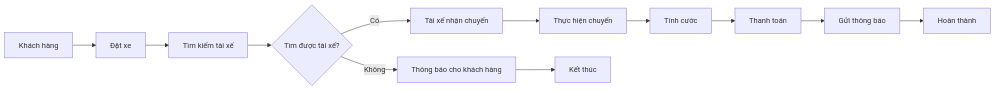
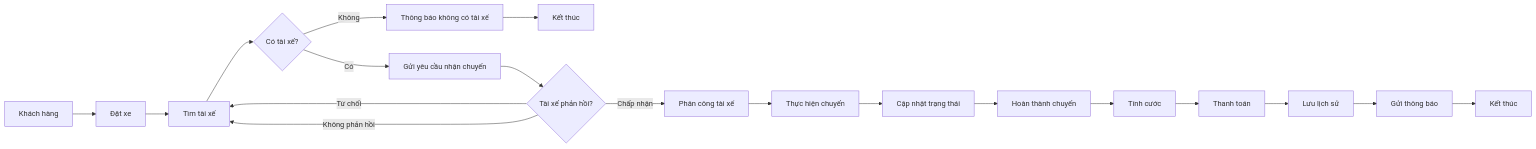
Before and after one commit to tuyetsang-sun/23663021_DaoThiTuyetSang_CABSYSTEM: the third of 7 diagrams in SRS.md, drawn with Mermaid. The commit also changed other lines of this file, not shown here.

````diff
--- a/SRS.md
+++ b/SRS.md
@@ -180,16 +208,25 @@
 ```mermaid
 flowchart LR
     A["Khách hàng"] --> B["Đặt xe"]
-    B --> C["Tìm kiếm tài xế"]
-    C --> D{"Tìm được tài xế?"}
+    B --> C["Tìm tài xế"]
+    C --> D{"Có tài xế?"}
 
-    D -->|Có| E["Tài xế nhận chuyến"]
-    E --> F["Thực hiện chuyến"]
-    F --> G["Tính cước"]
-    G --> H["Thanh toán"]
-    H --> I["Gửi thông báo"]
-    I --> J["Hoàn thành"]
+    D -->|Không| E["Thông báo không có tài xế"]
+    E --> F["Kết thúc"]
 
-    D -->|Không| K["Thông báo cho khách hàng"]
-    K --> L["Kết thúc"]
+    D -->|Có| G["Gửi yêu cầu nhận chuyến"]
+    G --> H{"Tài xế phản hồi?"}
+
+    H -->|Từ chối| C
+    H -->|Không phản hồi| C
+    H -->|Chấp nhận| I["Phân công tài xế"]
+
+    I --> J["Thực hiện chuyến"]
+    J --> K["Cập nhật trạng thái"]
+    K --> L["Hoàn thành chuyến"]
+    L --> M["Tính cước"]
+    M --> N["Thanh toán"]
+    N --> O["Lưu lịch sử"]
+    O --> P["Gửi thông báo"]
+    P --> Q["Kết thúc"]
 ```
````
